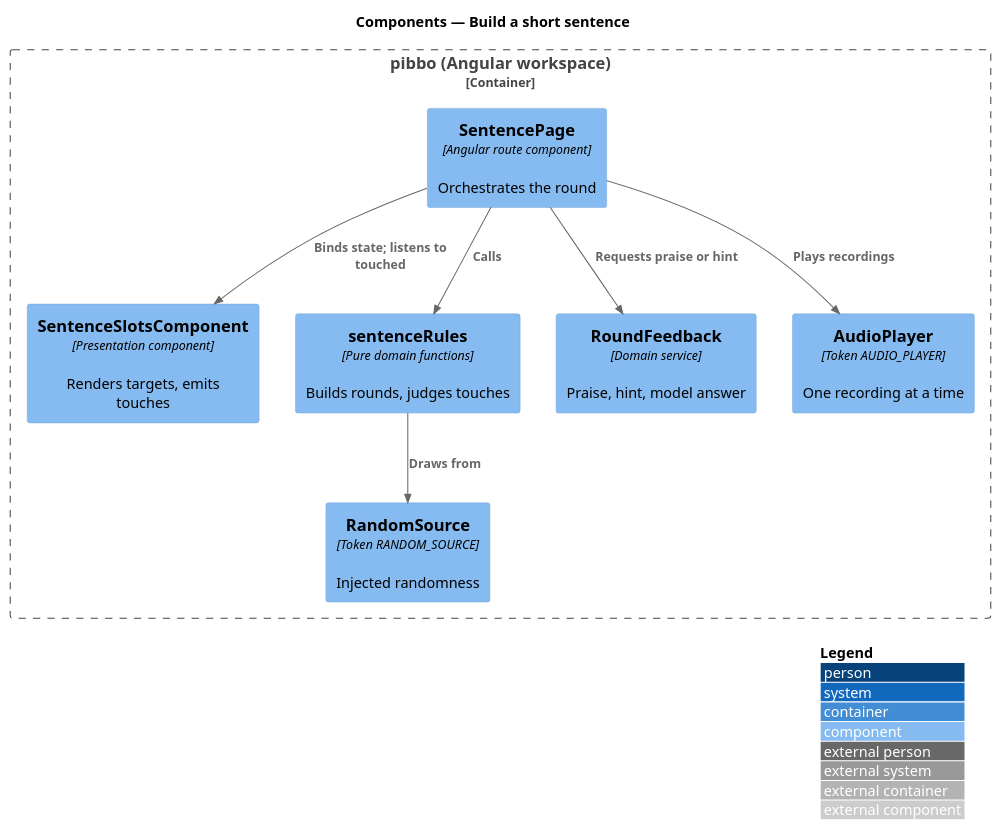
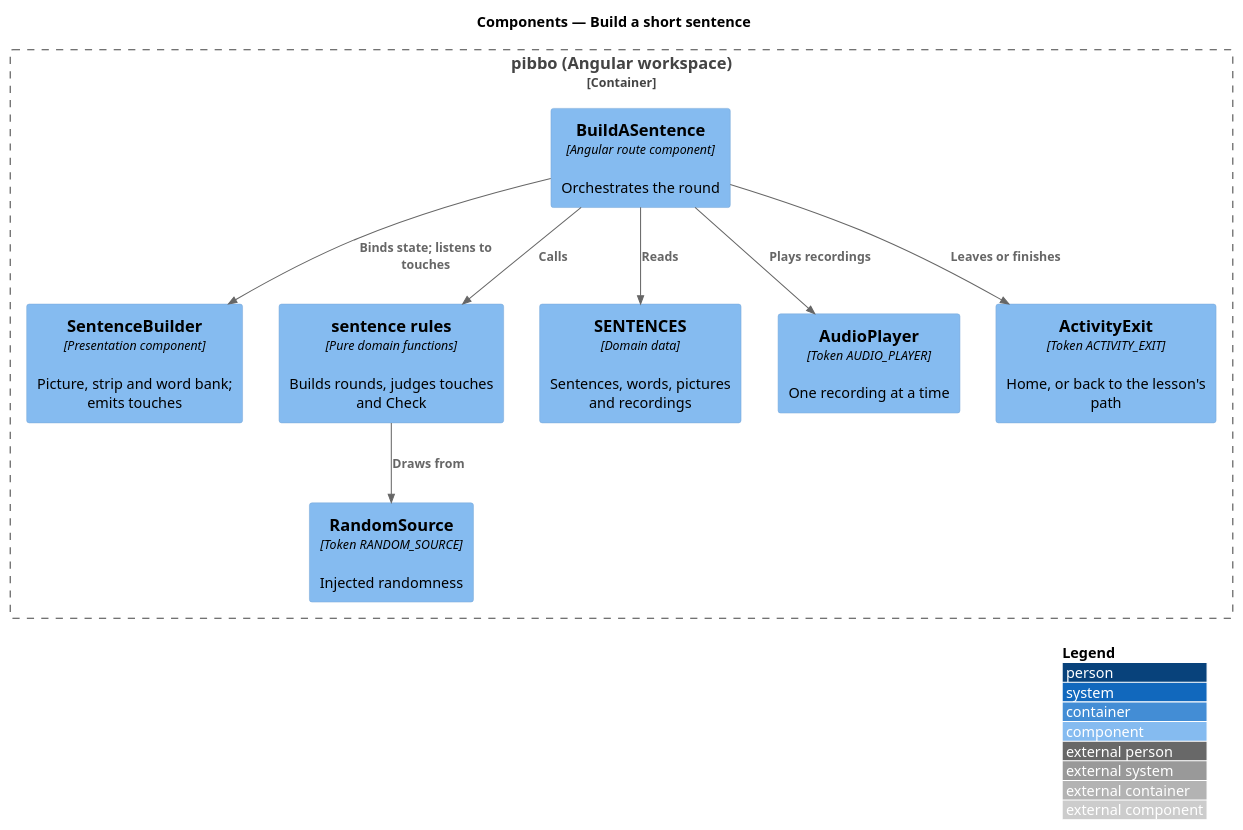
The diagram in docs/detailed-designs/sound-out/build-a-sentence/diagrams/c4-component.puml (QuinntyneBrown/pibbo), drawn with PlantUML before and after one commit. The commit also changed 24 other files, not shown here.

Commit message:
Align Build a sentence with its mock: build the sentence on a strip, then Check, and draw the modelled answer (L2-020, ADR 0031)

```diff
--- a/docs/detailed-designs/sound-out/build-a-sentence/diagrams/c4-component.puml
+++ b/docs/detailed-designs/sound-out/build-a-sentence/diagrams/c4-component.puml
@@ -1,18 +1,20 @@
 @startuml
 !include <C4/C4_Component>
 LAYOUT_WITH_LEGEND()
 title Components — Build a short sentence
 Container_Boundary(b, "pibbo (Angular workspace)") {
-  Component(page, "SentencePage", "Angular route component", "Orchestrates the round")
-  Component(view, "SentenceSlotsComponent", "Presentation component", "Renders targets, emits touches")
-  Component(rules, "sentenceRules", "Pure domain functions", "Builds rounds, judges touches")
-  Component(fb, "RoundFeedback", "Domain service", "Praise, hint, model answer")
+  Component(page, "BuildASentence", "Angular route component", "Orchestrates the round")
+  Component(view, "SentenceBuilder", "Presentation component", "Picture, strip and word bank; emits touches")
+  Component(rules, "sentence rules", "Pure domain functions", "Builds rounds, judges touches and Check")
+  Component(content, "SENTENCES", "Domain data", "Sentences, words, pictures and recordings")
   Component(audio, "AudioPlayer", "Token AUDIO_PLAYER", "One recording at a time")
   Component(rnd, "RandomSource", "Token RANDOM_SOURCE", "Injected randomness")
+  Component(exit, "ActivityExit", "Token ACTIVITY_EXIT", "Home, or back to the lesson's path")
 }
-Rel(page, view, "Binds state; listens to touched")
+Rel(page, view, "Binds state; listens to touches")
 Rel(page, rules, "Calls")
+Rel(page, content, "Reads")
 Rel(rules, rnd, "Draws from")
 Rel(page, audio, "Plays recordings")
-Rel(page, fb, "Requests praise or hint")
+Rel(page, exit, "Leaves or finishes")
 @enduml
```
